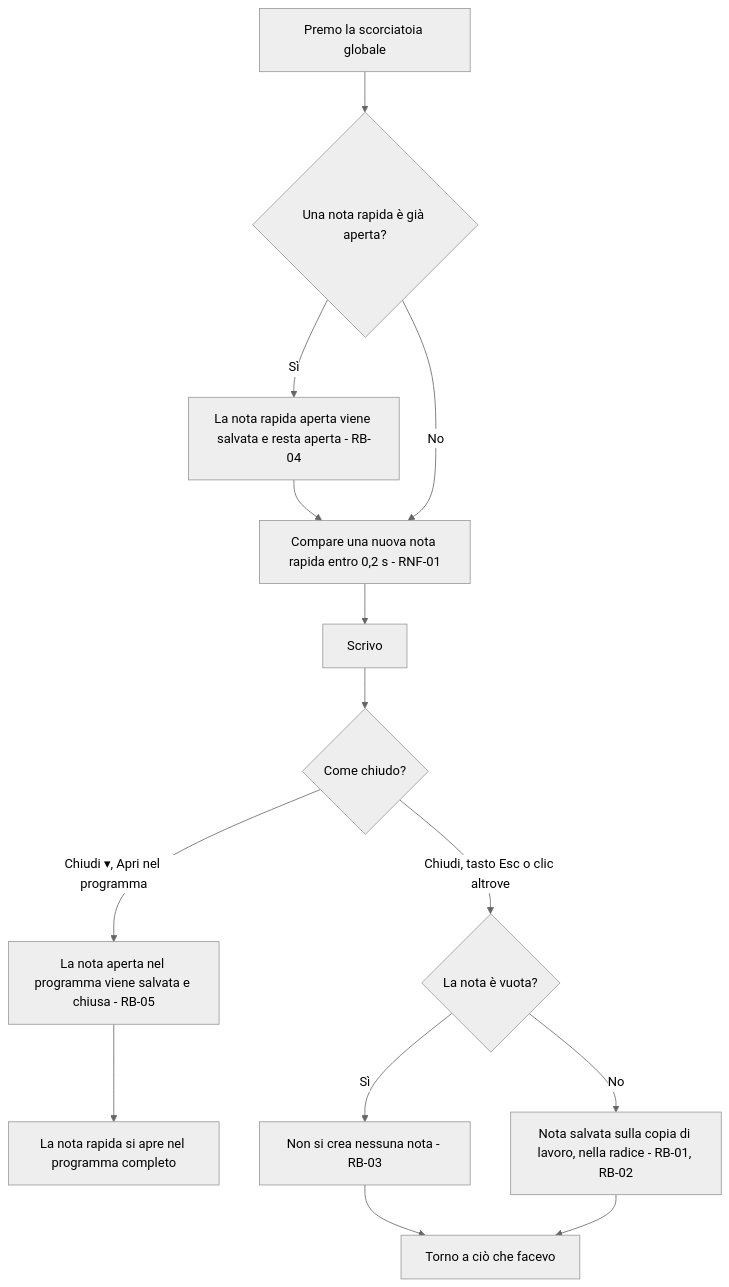
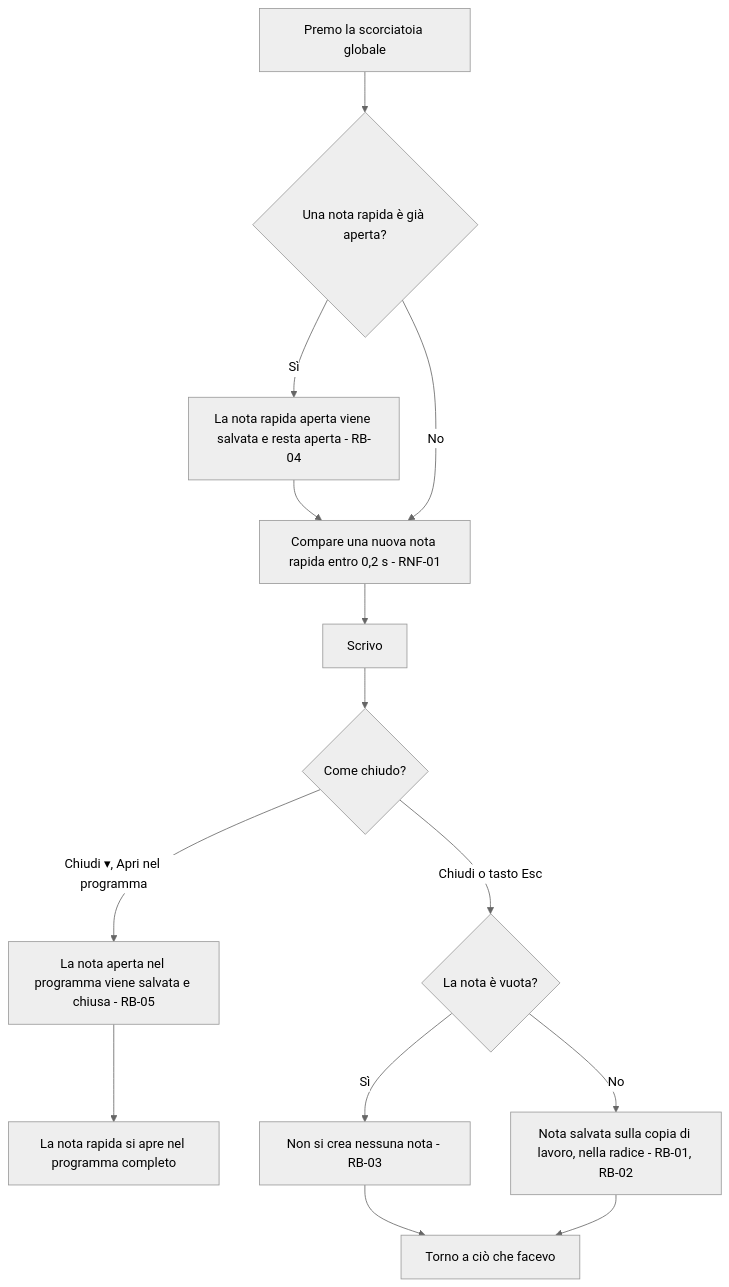
The first of 5 diagrams in docs/moduli/note/2-flussi.md (Helmutsti/MemoDu), drawn with Mermaid (neutral theme) before and after one commit. The commit also changed other lines of this file and 33 other files, not shown here.

````diff
--- a/docs/moduli/note/2-flussi.md
+++ b/docs/moduli/note/2-flussi.md
@@ -8,16 +8,16 @@
 ```mermaid
 flowchart TD
     A[Premo la scorciatoia globale] --> B{Una nota rapida è già aperta?}
     B -- Sì --> B1[La nota rapida aperta viene salvata e resta aperta - RB-04]
     B1 --> C
     B -- No --> C[Compare una nuova nota rapida entro 0,2 s - RNF-01]
     C --> D[Scrivo]
     D --> E{Come chiudo?}
     E -- Chiudi ▾, Apri nel programma --> F[La nota aperta nel programma viene salvata e chiusa - RB-05]
     F --> G[La nota rapida si apre nel programma completo]
-    E -- Chiudi, tasto Esc o clic altrove --> H{La nota è vuota?}
+    E -- Chiudi o tasto Esc --> H{La nota è vuota?}
     H -- Sì --> I[Non si crea nessuna nota - RB-03]
     H -- No --> J[Nota salvata sulla copia di lavoro, nella radice - RB-01, RB-02]
     I --> K[Torno a ciò che facevo]
     J --> K
 ```
````
